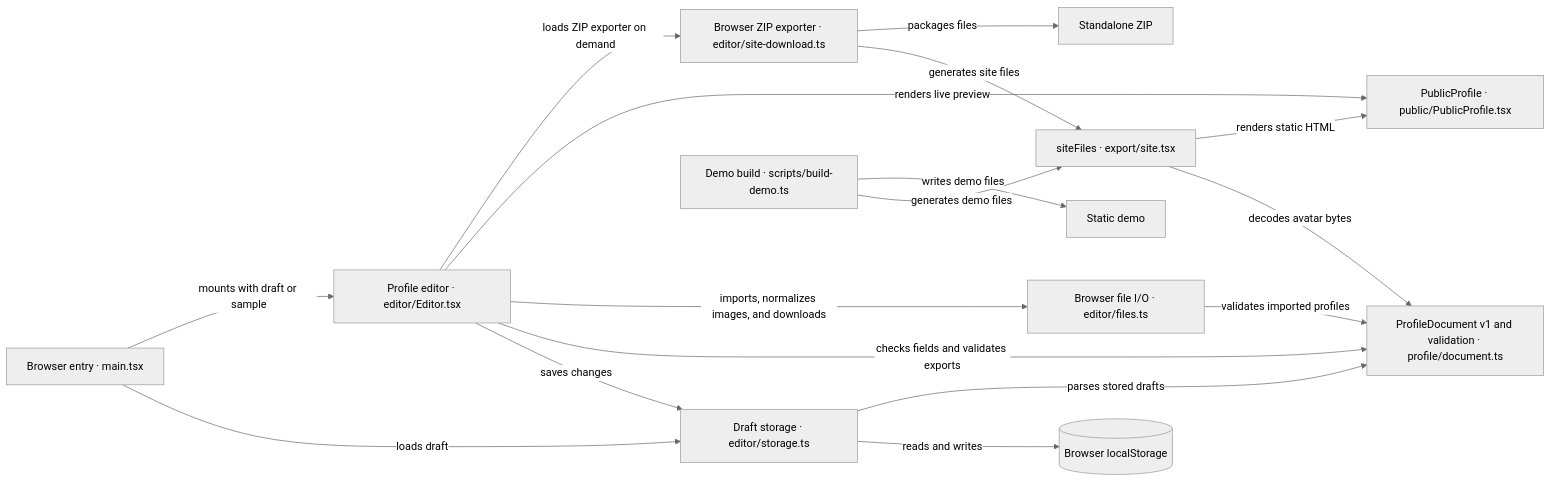
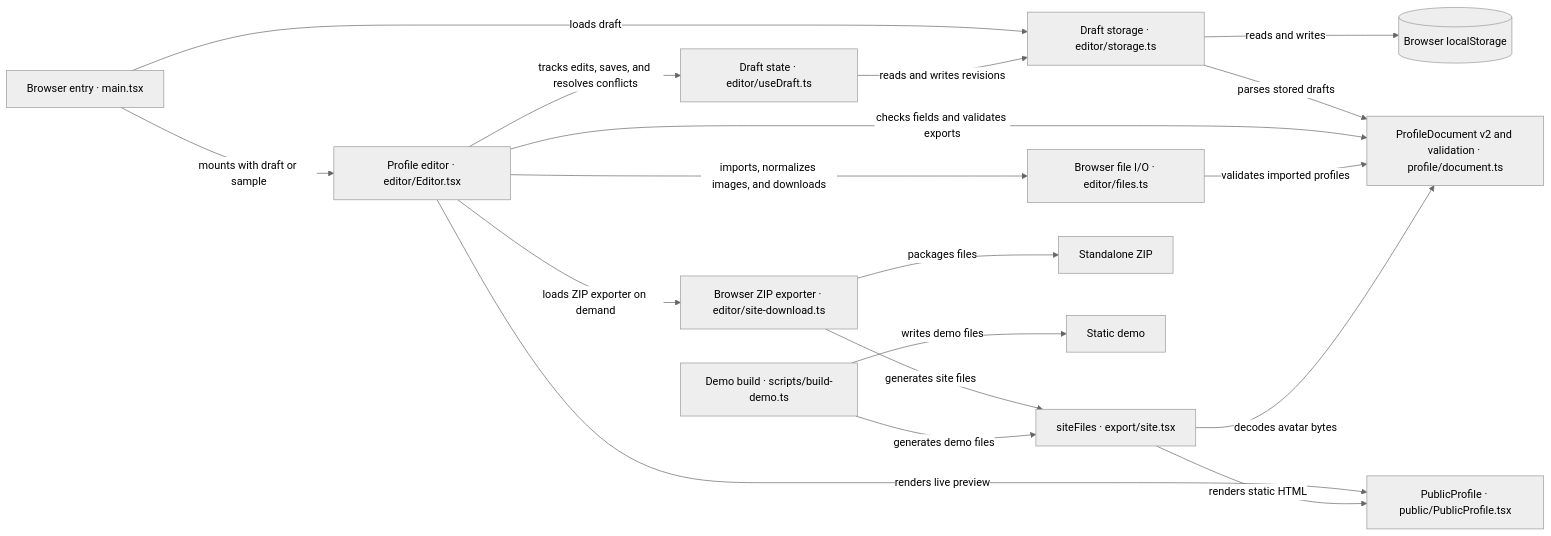
One commit to sinzbtw/rvnce changed the diagram in ARCHITECTURE.md. Above: the diagram before and after it, drawn with Mermaid (neutral theme). The commit also changed other lines of this file and 24 other files, not shown here.

Commit message:
fix: protect drafts and harden profile publishing

````diff
--- a/ARCHITECTURE.md
+++ b/ARCHITECTURE.md
@@ -7,19 +7,20 @@
 ```mermaid
 flowchart LR
     Entry["Browser entry · main.tsx"] -->|"loads draft"| Draft["Draft storage · editor/storage.ts"]
     Entry -->|"mounts with draft or sample"| Editor["Profile editor · editor/Editor.tsx"]
-    Editor -->|"saves changes"| Draft
+    Editor -->|"tracks edits, saves, and resolves conflicts"| DraftSession["Draft state · editor/useDraft.ts"]
+    DraftSession -->|"reads and writes revisions"| Draft
     Draft -->|"reads and writes"| Local[("Browser localStorage")]
-    Draft -->|"parses stored drafts"| Profile["ProfileDocument v1 and validation · profile/document.ts"]
+    Draft -->|"parses stored drafts"| Profile["ProfileDocument v2 and validation · profile/document.ts"]
     Editor -->|"checks fields and validates exports"| Profile
     Editor -->|"imports, normalizes images, and downloads"| Files["Browser file I/O · editor/files.ts"]
     Files -->|"validates imported profiles"| Profile
     Editor -->|"renders live preview"| Render["PublicProfile · public/PublicProfile.tsx"]
     Editor -->|"loads ZIP exporter on demand"| Zip["Browser ZIP exporter · editor/site-download.ts"]
     Zip -->|"generates site files"| Site["siteFiles · export/site.tsx"]
     Site -->|"decodes avatar bytes"| Profile
     Site -->|"renders static HTML"| Render
     Zip -->|"packages files"| Archive["Standalone ZIP"]
     Build["Demo build · scripts/build-demo.ts"] -->|"generates demo files"| Site
     Build -->|"writes demo files"| Demo["Static demo"]
 ```
````
